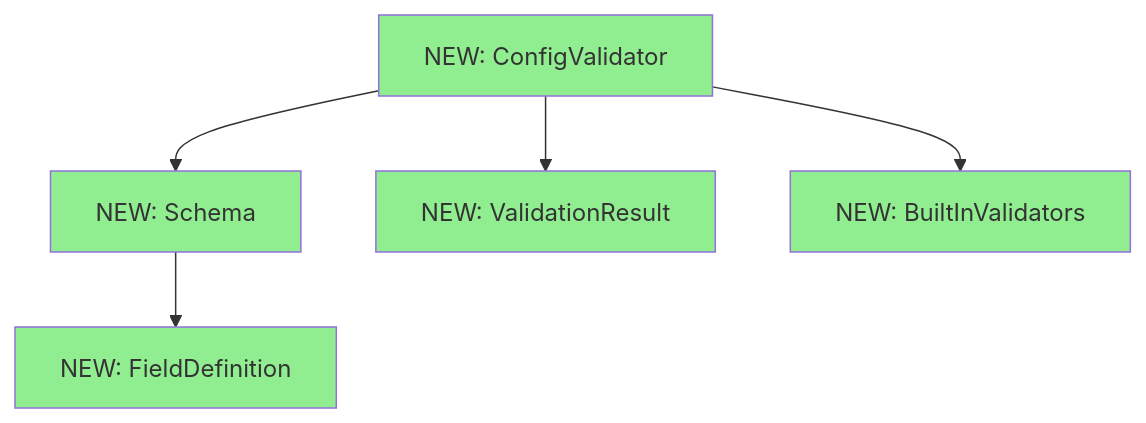
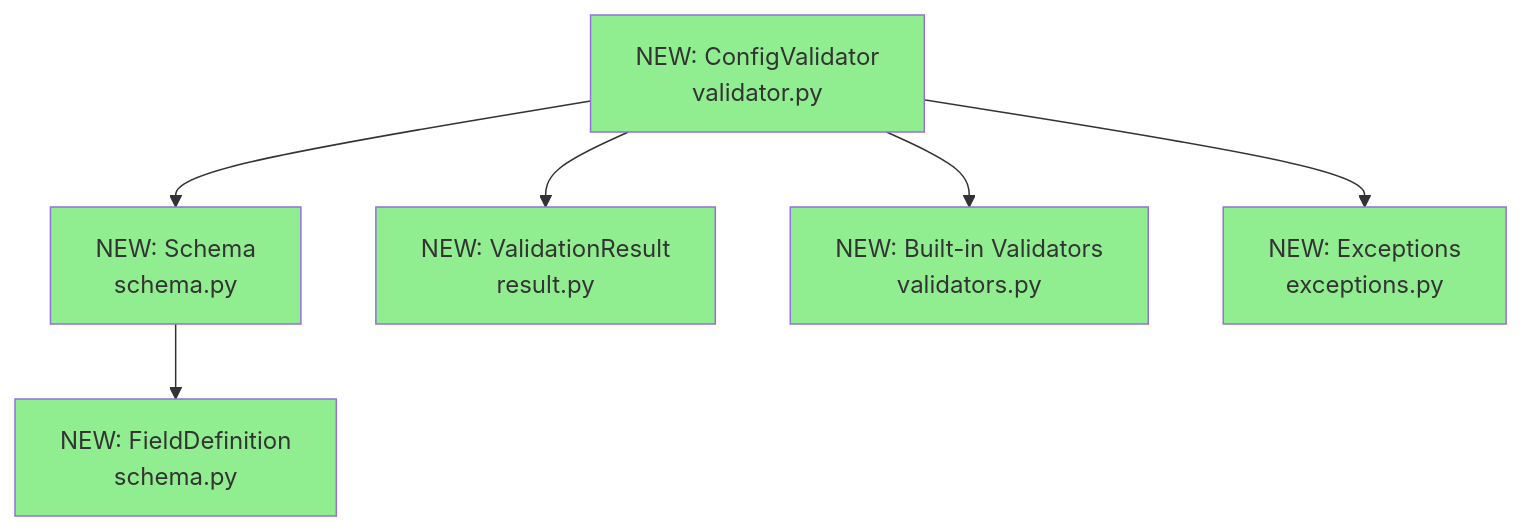
One commit to mplemay/belgie changed the fourth of 4 diagrams in design/000-design-example.md. Above: the diagram before and after it, drawn with Mermaid. The commit also changed other lines of this file and 1 other file, not shown here.

````diff
--- a/design/000-design-example.md
+++ b/design/000-design-example.md
@@ -64,19 +90,22 @@
 ```mermaid
 graph TD
-    ConfigValidator[NEW: ConfigValidator]
-    Schema[NEW: Schema]
-    FieldDef[NEW: FieldDefinition]
-    ValidationResult[NEW: ValidationResult]
-    Validators[NEW: BuiltInValidators]
+    ConfigValidator[NEW: ConfigValidator<br/>validator.py]
+    Schema[NEW: Schema<br/>schema.py]
+    FieldDef[NEW: FieldDefinition<br/>schema.py]
+    ValidationResult[NEW: ValidationResult<br/>result.py]
+    Validators[NEW: Built-in Validators<br/>validators.py]
+    Exceptions[NEW: Exceptions<br/>exceptions.py]
 
     ConfigValidator --> Schema
     ConfigValidator --> ValidationResult
     ConfigValidator --> Validators
+    ConfigValidator --> Exceptions
     Schema --> FieldDef
 
     style ConfigValidator fill:#90EE90
     style Schema fill:#90EE90
     style FieldDef fill:#90EE90
     style ValidationResult fill:#90EE90
     style Validators fill:#90EE90
+    style Exceptions fill:#90EE90
 ```
````
